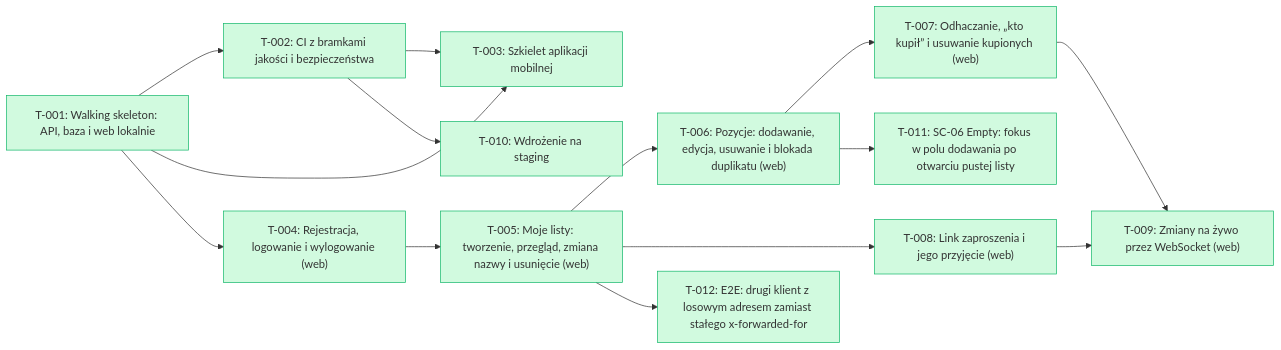
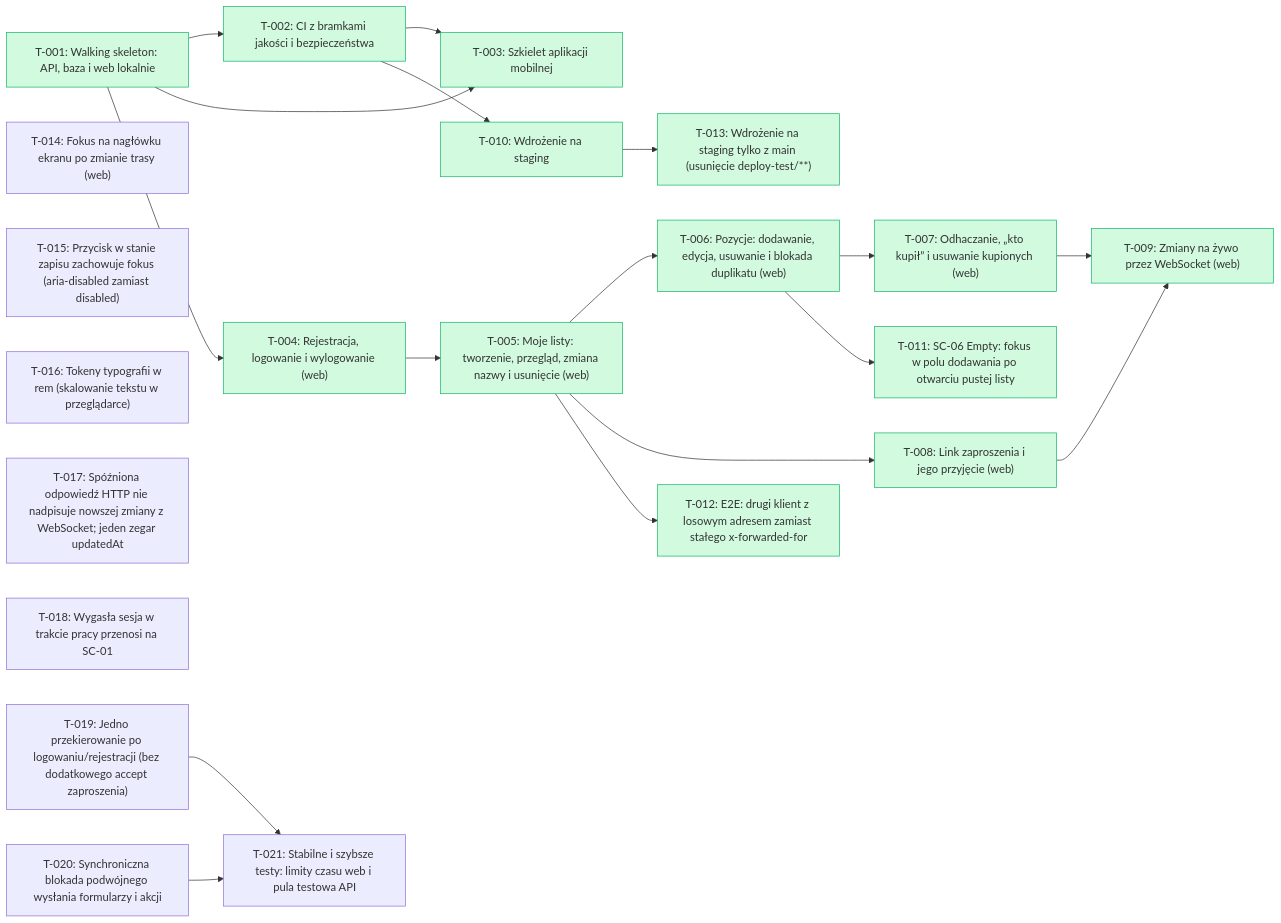
The diagram in docs/backlog/index.md (tombraz/lista-zakupow), drawn with Mermaid before and after one commit. The commit also changed other lines of this file and 1 other file, not shown here.

````diff
--- a/docs/backlog/index.md
+++ b/docs/backlog/index.md
@@ -17,32 +23,44 @@
 ```mermaid
 flowchart LR
   T_001["T-001: Walking skeleton: API, baza i web lokalnie"]:::done
   T_002["T-002: CI z bramkami jakości i bezpieczeństwa"]:::done
   T_003["T-003: Szkielet aplikacji mobilnej"]:::done
   T_004["T-004: Rejestracja, logowanie i wylogowanie (web)"]:::done
   T_005["T-005: Moje listy: tworzenie, przegląd, zmiana nazwy i usunięcie (web)"]:::done
   T_006["T-006: Pozycje: dodawanie, edycja, usuwanie i blokada duplikatu (web)"]:::done
   T_007["T-007: Odhaczanie, „kto kupił” i usuwanie kupionych (web)"]:::done
   T_008["T-008: Link zaproszenia i jego przyjęcie (web)"]:::done
   T_009["T-009: Zmiany na żywo przez WebSocket (web)"]:::done
   T_010["T-010: Wdrożenie na staging"]:::done
   T_011["T-011: SC-06 Empty: fokus w polu dodawania po otwarciu pustej listy"]:::done
   T_012["T-012: E2E: drugi klient z losowym adresem zamiast stałego x-forwarded-for"]:::done
+  T_013["T-013: Wdrożenie na staging tylko z main (usunięcie deploy-test/**)"]:::done
+  T_014["T-014: Fokus na nagłówku ekranu po zmianie trasy (web)"]
+  T_015["T-015: Przycisk w stanie zapisu zachowuje fokus (aria-disabled zamiast disabled)"]
+  T_016["T-016: Tokeny typografii w rem (skalowanie tekstu w przeglądarce)"]
+  T_017["T-017: Spóźniona odpowiedź HTTP nie nadpisuje nowszej zmiany z WebSocket; jeden zegar updatedAt"]
+  T_018["T-018: Wygasła sesja w trakcie pracy przenosi na SC-01"]
+  T_019["T-019: Jedno przekierowanie po logowaniu/rejestracji (bez dodatkowego accept zaproszenia)"]
+  T_020["T-020: Synchroniczna blokada podwójnego wysłania formularzy i akcji"]
+  T_021["T-021: Stabilne i szybsze testy: limity czasu web i pula testowa API"]
   T_001 --> T_002
   T_001 --> T_003
   T_002 --> T_003
   T_001 --> T_004
   T_004 --> T_005
   T_005 --> T_006
   T_006 --> T_007
   T_005 --> T_008
   T_007 --> T_009
   T_008 --> T_009
   T_002 --> T_010
   T_006 --> T_011
   T_005 --> T_012
+  T_010 --> T_013
+  T_019 --> T_021
+  T_020 --> T_021
   classDef done fill:#d1fadf,stroke:#12b76a
   classDef wip fill:#fef0c7,stroke:#f79009
   classDef qa fill:#e0eaff,stroke:#2970ff
   classDef blocked fill:#fee4e2,stroke:#f04438
 ```
````
